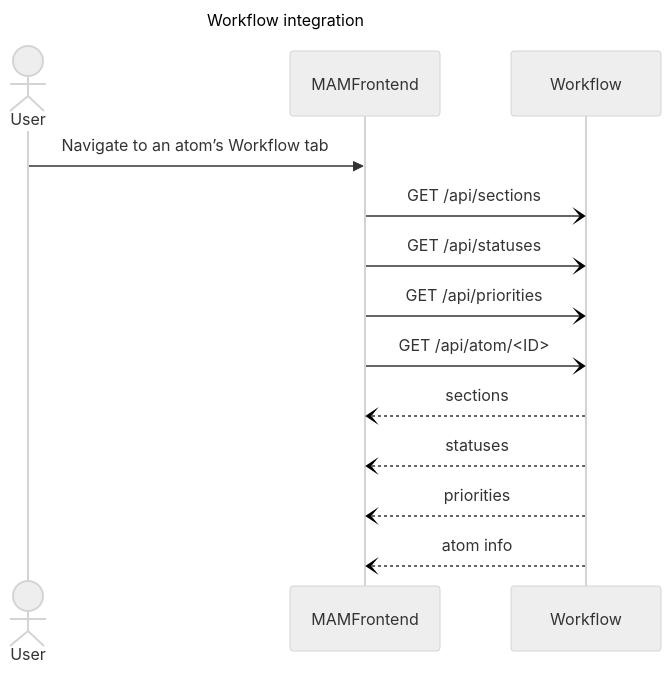
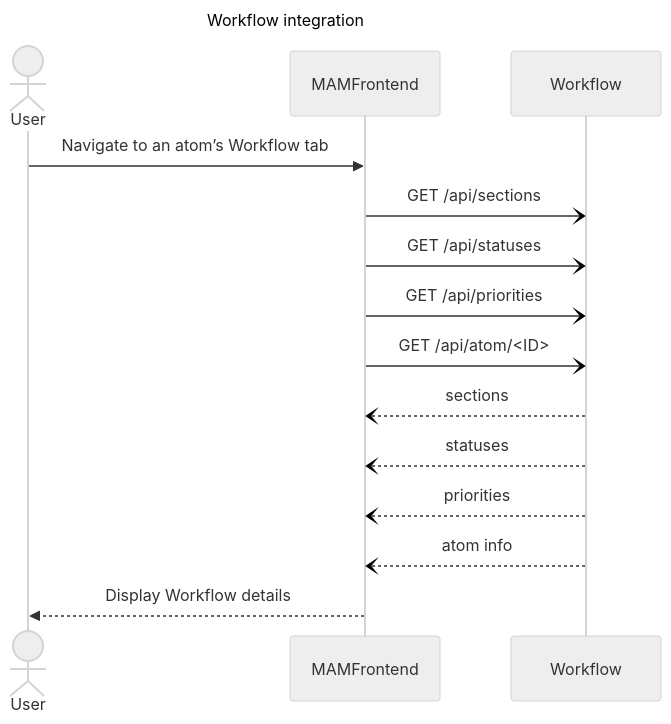
One commit to guardian/media-atom-maker changed the second of 2 diagrams in docs/10-architecture.md. Above: the diagram before and after it, drawn with Mermaid (neutral theme).

Commit message:
Add user display

````diff
--- a/docs/10-architecture.md
+++ b/docs/10-architecture.md
@@ -145,17 +145,18 @@
 ```mermaid
 ---
 title: Workflow integration
 ---
 sequenceDiagram
   actor User
   participant MAMFrontend
   User ->> MAMFrontend: Navigate to an atom’s Workflow tab
   MAMFrontend -) Workflow: GET /api/sections
   MAMFrontend -) Workflow: GET /api/statuses
   MAMFrontend -) Workflow: GET /api/priorities
   MAMFrontend -) Workflow: GET /api/atom/<ID>
   Workflow --) MAMFrontend: sections
   Workflow --) MAMFrontend: statuses
   Workflow --) MAMFrontend: priorities
   Workflow --) MAMFrontend: atom info
+  MAMFrontend -->> User: Display Workflow details
 ```
````
